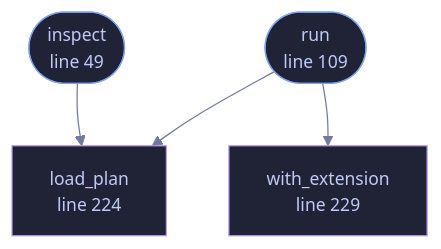
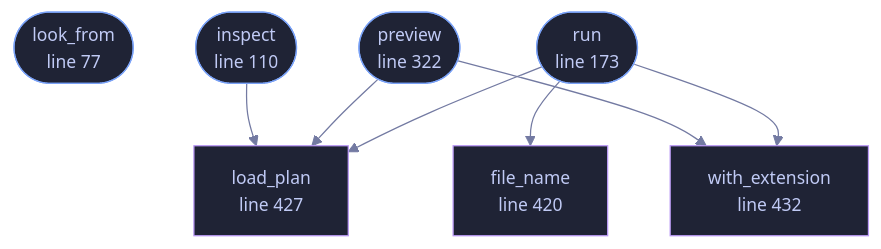
One commit to tilas01/veilvoice changed the diagram in docs/files/veilvoice-cli/conversation.md. Above: the diagram before and after it, drawn with Mermaid. The commit also changed other lines of this file and 19 other files, not shown here.

````diff
--- a/docs/files/veilvoice-cli/conversation.md
+++ b/docs/files/veilvoice-cli/conversation.md
@@ -91,19 +109,28 @@
 ```mermaid
 %%{init: {"theme":"base","themeVariables":{"background":"#1a1b26","primaryColor":"#1f2335","primaryTextColor":"#c0caf5","primaryBorderColor":"#7aa2f7","secondaryColor":"#16161e","tertiaryColor":"#16161e","lineColor":"#737aa2","textColor":"#c0caf5","mainBkg":"#1f2335","nodeBorder":"#7aa2f7","clusterBkg":"#16161e","clusterBorder":"#2f3549","fontFamily":"ui-monospace, SFMono-Regular, Consolas, monospace","fontSize":"14px"}}}%%
 flowchart TD
-    n_inspect(["inspect<br/>line 49"])
-    n_run(["run<br/>line 109"])
-    n_load_plan["load_plan<br/>line 224"]
-    n_with_extension["with_extension<br/>line 229"]
+    n_look_from(["look_from<br/>line 77"])
+    n_inspect(["inspect<br/>line 110"])
+    n_run(["run<br/>line 173"])
+    n_preview(["preview<br/>line 322"])
+    n_file_name["file_name<br/>line 420"]
+    n_load_plan["load_plan<br/>line 427"]
+    n_with_extension["with_extension<br/>line 432"]
     n_inspect --> n_load_plan
+    n_preview --> n_load_plan
+    n_preview --> n_with_extension
+    n_run --> n_file_name
     n_run --> n_load_plan
     n_run --> n_with_extension
-    click n_inspect href "https://github.com/tilas01/veilvoice/blob/main/crates/veilvoice-cli/src/conversation.rs#L49" "open the source"
-    click n_run href "https://github.com/tilas01/veilvoice/blob/main/crates/veilvoice-cli/src/conversation.rs#L109" "open the source"
-    click n_load_plan href "https://github.com/tilas01/veilvoice/blob/main/crates/veilvoice-cli/src/conversation.rs#L224" "open the source"
-    click n_with_extension href "https://github.com/tilas01/veilvoice/blob/main/crates/veilvoice-cli/src/conversation.rs#L229" "open the source"
+    click n_look_from href "https://github.com/tilas01/veilvoice/blob/main/crates/veilvoice-cli/src/conversation.rs#L77" "open the source"
+    click n_inspect href "https://github.com/tilas01/veilvoice/blob/main/crates/veilvoice-cli/src/conversation.rs#L110" "open the source"
+    click n_run href "https://github.com/tilas01/veilvoice/blob/main/crates/veilvoice-cli/src/conversation.rs#L173" "open the source"
+    click n_preview href "https://github.com/tilas01/veilvoice/blob/main/crates/veilvoice-cli/src/conversation.rs#L322" "open the source"
+    click n_file_name href "https://github.com/tilas01/veilvoice/blob/main/crates/veilvoice-cli/src/conversation.rs#L420" "open the source"
+    click n_load_plan href "https://github.com/tilas01/veilvoice/blob/main/crates/veilvoice-cli/src/conversation.rs#L427" "open the source"
+    click n_with_extension href "https://github.com/tilas01/veilvoice/blob/main/crates/veilvoice-cli/src/conversation.rs#L432" "open the source"
     classDef entry fill:#1f2335,stroke:#7aa2f7,color:#c0caf5
-    class n_inspect,n_run entry
+    class n_look_from,n_inspect,n_run,n_preview entry
     classDef helper fill:#1f2335,stroke:#bb9af7,color:#c0caf5
-    class n_load_plan,n_with_extension helper
+    class n_file_name,n_load_plan,n_with_extension helper
 ```
````
